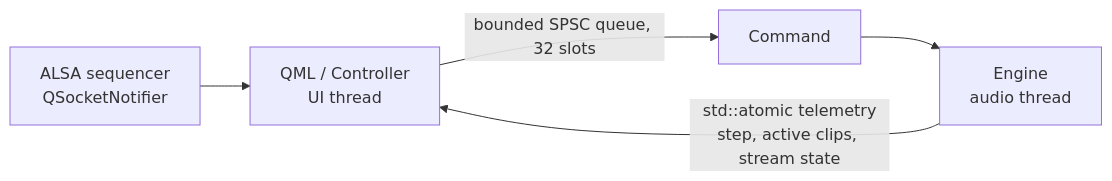
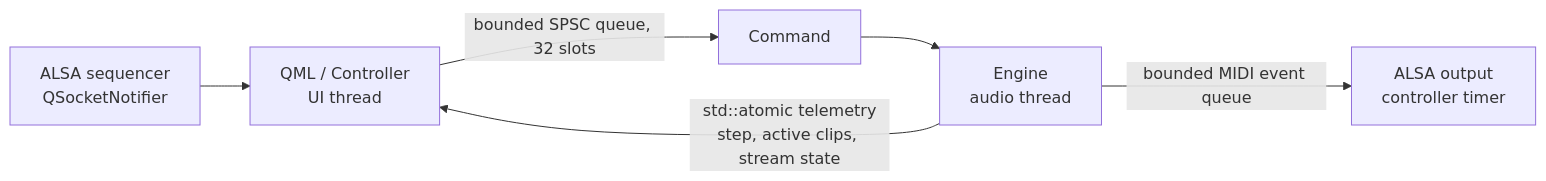
One commit to deastrobooking/ECO_OS changed the first of 2 diagrams in docs/UI.md. Above: the diagram before and after it, drawn with Mermaid. The commit also changed 5 other files, not shown here.

````diff
--- a/docs/UI.md
+++ b/docs/UI.md
@@ -38,7 +38,8 @@
 ```mermaid
 flowchart LR
   QML[QML / Controller<br/>UI thread] -->|bounded SPSC queue, 32 slots| CMD[Command]
   CMD --> ENG[Engine<br/>audio thread]
   ENG -->|std::atomic telemetry<br/>step, active clips, stream state| QML
   MIDI[ALSA sequencer<br/>QSocketNotifier] --> QML
+  ENG -->|bounded MIDI event queue| OUT[ALSA output<br/>controller timer]
 ```
````
